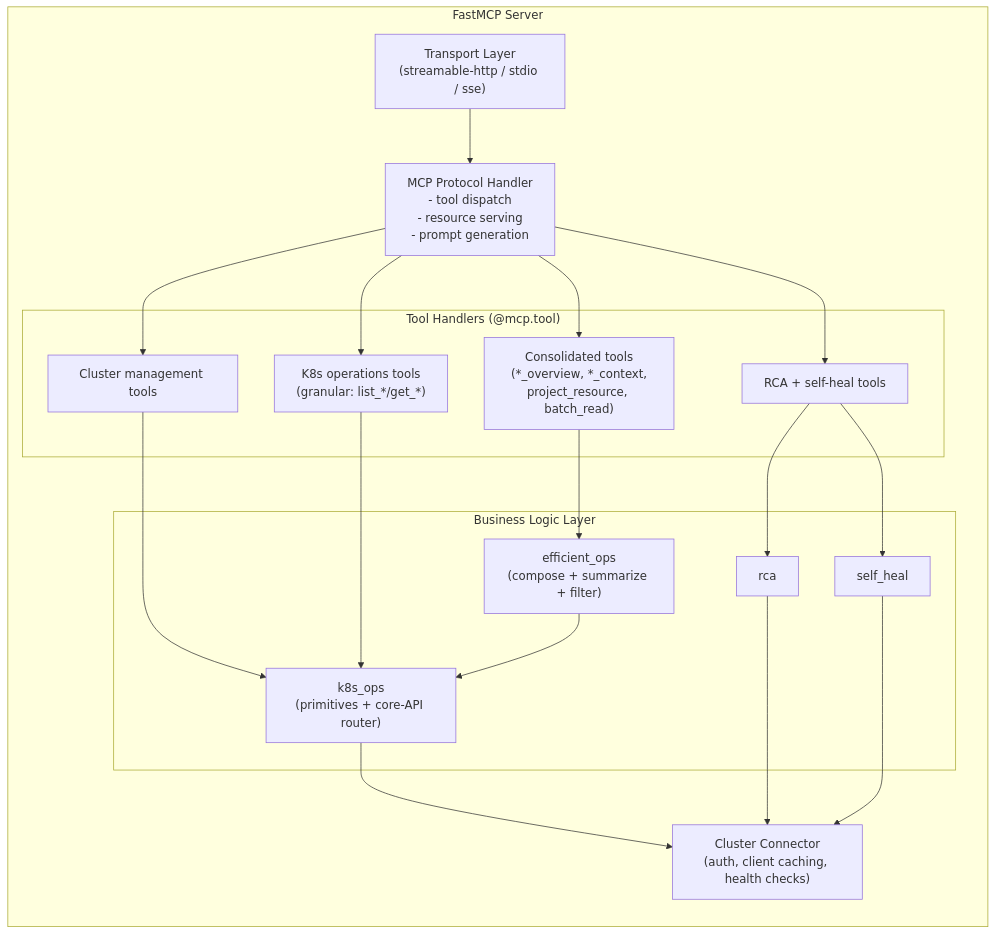
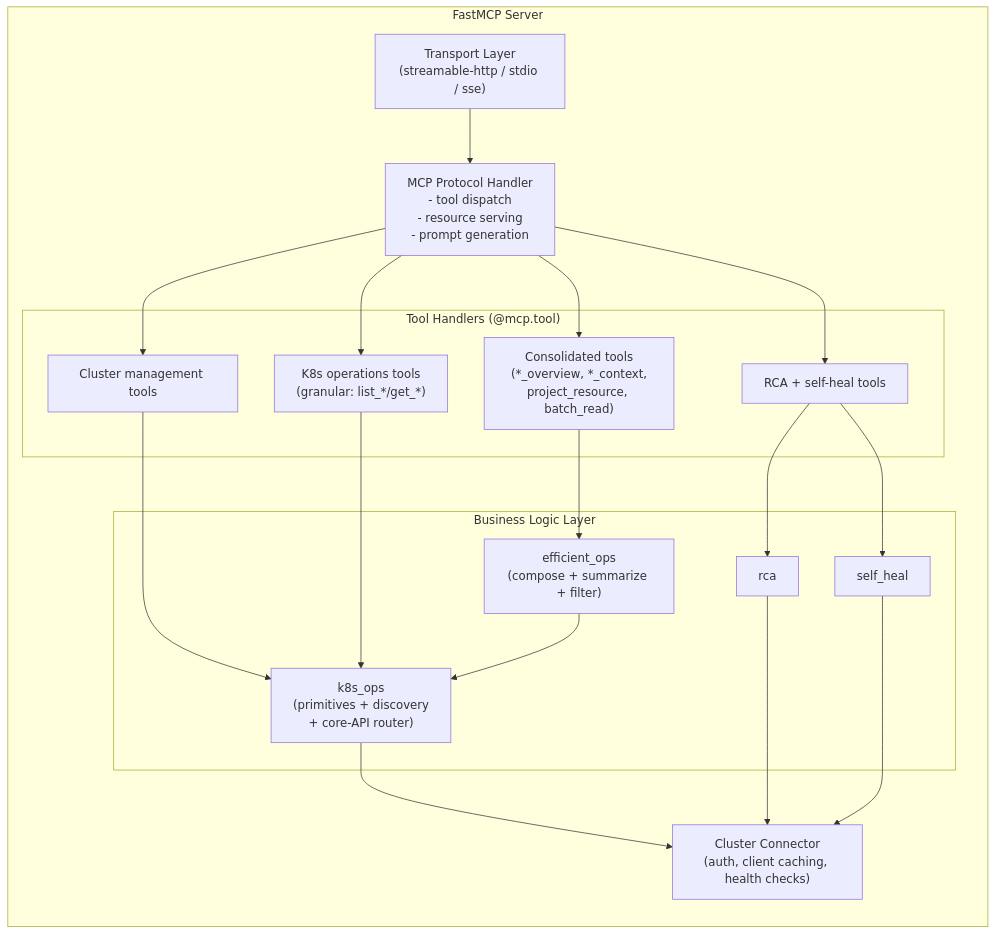
Before and after one commit to abhitall/kubernetes-mcp: the third of 11 diagrams in docs/ARCHITECTURE.md, drawn with Mermaid. The commit also changed other lines of this file and 6 other files, not shown here.

First line of the commit message:
Add Custom Resource (CRD/CR) support with API-discovery resolution

````diff
--- a/docs/ARCHITECTURE.md
+++ b/docs/ARCHITECTURE.md
@@ -121,39 +121,39 @@
 ```mermaid
 flowchart TB
   subgraph FastMCP["FastMCP Server"]
     direction TB
     Transport["Transport Layer<br/>(streamable-http / stdio / sse)"]
     Protocol["MCP Protocol Handler<br/>- tool dispatch<br/>- resource serving<br/>- prompt generation"]
 
     subgraph ToolHandlers["Tool Handlers (@mcp.tool)"]
       ClusterTools["Cluster management tools"]
       OpsTools["K8s operations tools<br/>(granular: list_*/get_*)"]
       EfficientTools["Consolidated tools<br/>(*_overview, *_context,<br/>project_resource, batch_read)"]
       SmartTools["RCA + self-heal tools"]
     end
 
     subgraph Logic["Business Logic Layer"]
       EfficientOps["efficient_ops<br/>(compose + summarize + filter)"]
-      K8sOps["k8s_ops<br/>(primitives + core-API router)"]
+      K8sOps["k8s_ops<br/>(primitives + discovery<br/>+ core-API router)"]
       RCA["rca"]
       SelfHeal["self_heal"]
     end
 
     Connector["Cluster Connector<br/>(auth, client caching, health checks)"]
 
     Transport --> Protocol
     Protocol --> ClusterTools
     Protocol --> OpsTools
     Protocol --> EfficientTools
     Protocol --> SmartTools
     ClusterTools --> K8sOps
     OpsTools --> K8sOps
     EfficientTools --> EfficientOps
     EfficientOps --> K8sOps
     SmartTools --> RCA
     SmartTools --> SelfHeal
     K8sOps --> Connector
     RCA --> Connector
     SelfHeal --> Connector
   end
 ```
````
